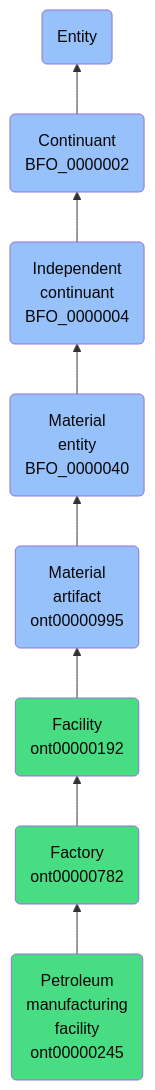
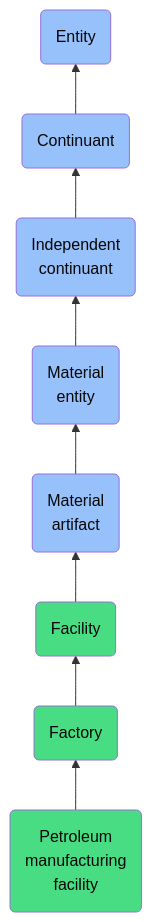
Before and after one commit to jupyter-naas/abi: the diagram in docs/ontology/reference/model/Entity/Continuant/Independent continuant/Material entity/Material artifact/Facility/Factory/Petroleum manufacturing facility/Petroleum manufacturing facility.md, drawn with Mermaid. The commit also changed other lines of this file and 1430 other files, not shown here.

````diff
--- a/docs/ontology/reference/model/Entity/Continuant/Independent continuant/Material entity/Material artifact/Facility/Factory/Petroleum manufacturing facility/Petroleum manufacturing facility.md
+++ b/docs/ontology/reference/model/Entity/Continuant/Independent continuant/Material entity/Material artifact/Facility/Factory/Petroleum manufacturing facility/Petroleum manufacturing facility.md
@@ -24,15 +24,15 @@
 ```mermaid
 graph BT
-    ont00000245(Petroleum<br>manufacturing<br>facility<br>ont00000245):::ABI-->ont00000782
-    ont00000782(Factory<br>ont00000782):::ABI-->ont00000192
-    ont00000192(Facility<br>ont00000192):::ABI-->ont00000995
-    ont00000995(Material<br>artifact<br>ont00000995):::BFO-->BFO_0000040
-    BFO_0000040(Material<br>entity<br>BFO_0000040):::BFO-->BFO_0000004
-    BFO_0000004(Independent<br>continuant<br>BFO_0000004):::BFO-->BFO_0000002
-    BFO_0000002(Continuant<br>BFO_0000002):::BFO-->BFO_0000001
+    ont00000245(Petroleum<br>manufacturing<br>facility):::ABI-->ont00000782
+    ont00000782(Factory):::ABI-->ont00000192
+    ont00000192(Facility):::ABI-->ont00000995
+    ont00000995(Material<br>artifact):::BFO-->BFO_0000040
+    BFO_0000040(Material<br>entity):::BFO-->BFO_0000004
+    BFO_0000004(Independent<br>continuant):::BFO-->BFO_0000002
+    BFO_0000002(Continuant):::BFO-->BFO_0000001
     BFO_0000001(Entity):::BFO
     
     classDef BFO fill:#97c1fb,color:#060606
     classDef CCO fill:#e4c51e,color:#060606
     classDef ABI fill:#48DD82,color:#060606
 ```
````
